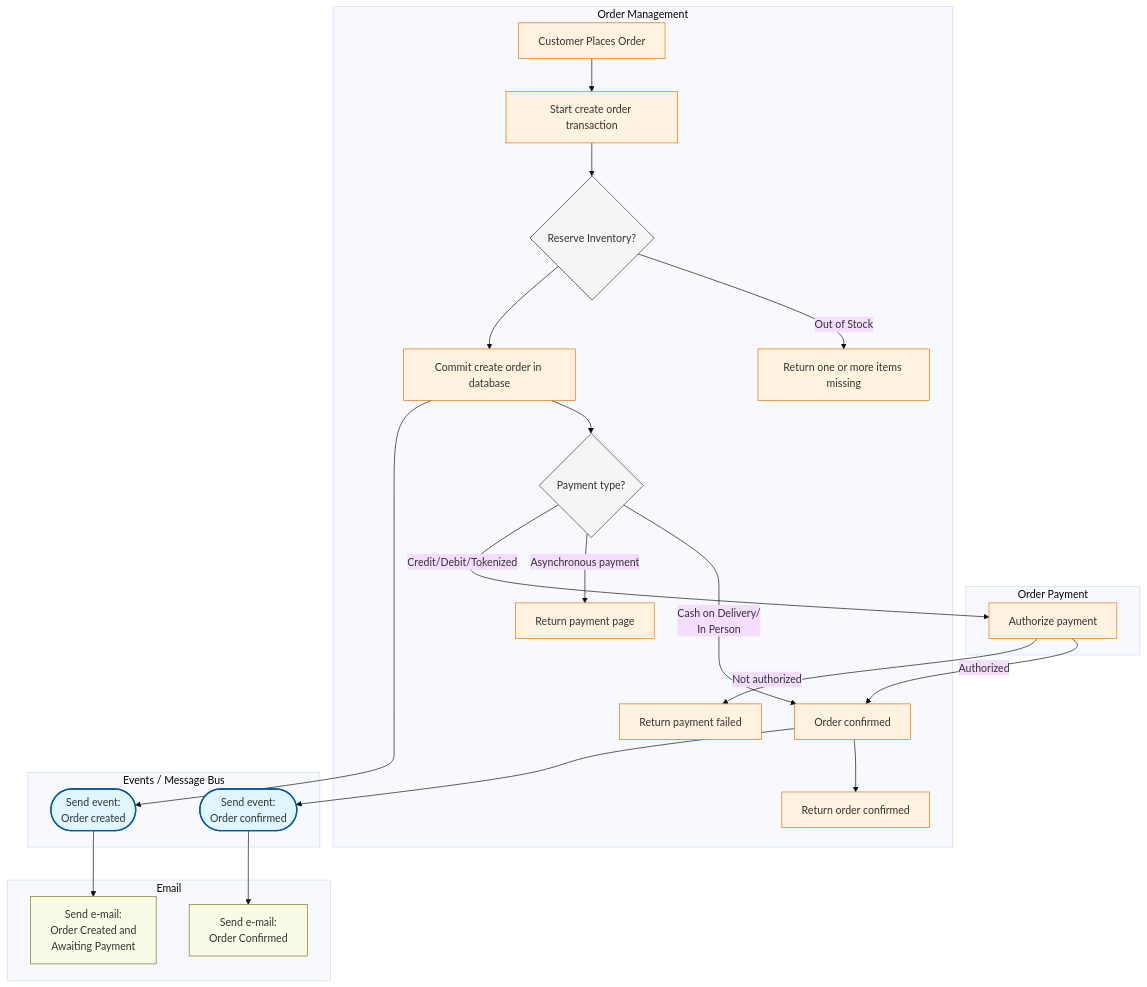
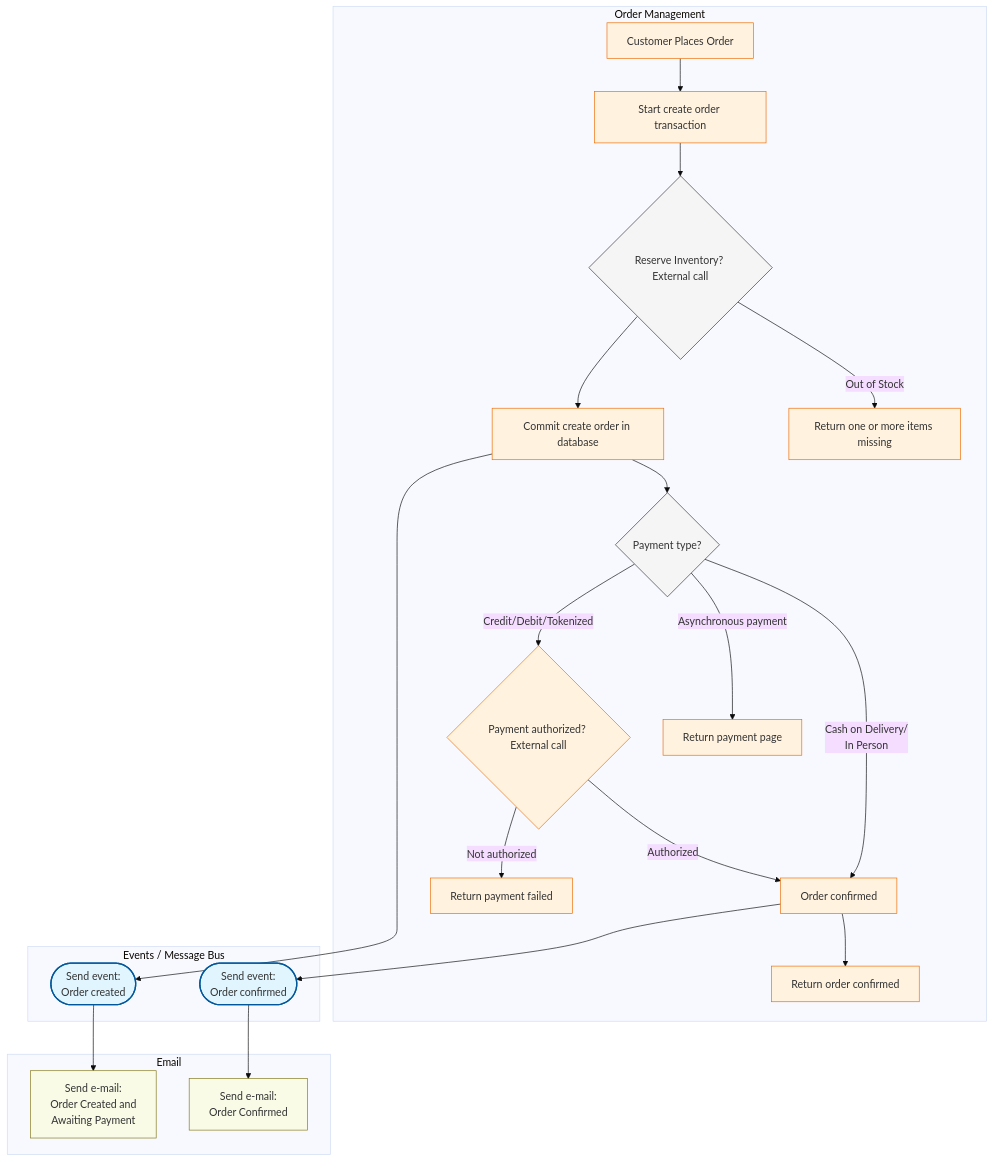
Before and after one commit to RobertoFreireDev/Order-Management: the first of 4 diagrams in README.md, drawn with Mermaid (base theme).

Commit message:
add External call

````diff
--- a/README.md
+++ b/README.md
@@ -5,48 +5,44 @@
 ```mermaid
 flowchart TD
     %% Subgraph Styling
     classDef event fill:#e1f5fe,stroke:#01579b,stroke-width:2px;
     classDef logic fill:#f5f5f5,stroke:#333,stroke-width:1px;
     classDef order fill:#fff3e0,stroke:#ef6c00,stroke-width:1px;
     classDef note fill:#f9fbe7,stroke:#827717,stroke-width:1px;
 
-    subgraph Order_Payment [Order Payment]
-        D5[Authorize payment]
-    end
-
     subgraph Order_Creation [Order Management]
         A[Customer Places Order] --> A1[Start create order transaction]
-        A1 --> B{Reserve Inventory?}
+        A1 --> B{Reserve Inventory? External call}
         B -->|Out of Stock| C[Return one or more items missing]
         B --> B2[Commit create order in database]
         B2 --> D2{Payment type?}
         D2--> |"Cash on Delivery/<br/>In Person"| D1[Order confirmed]       
         D5 --> |"Authorized"| D1
         D5 --> |"Not authorized"| D6[Return payment failed]
         D2 --> |"Asynchronous payment"| E1[Return payment page]
         D1--> D3[Return order confirmed]
+        D2 --> |"Credit/Debit/Tokenized"| D5{Payment authorized? External call}
     end
 
     subgraph Events [Events / Message Bus]
         H([Send event:<br/>Order confirmed])
         H1([Send event:<br/>Order created])
     end
 
     subgraph Email [Email]
         I[Send e-mail: <br/>Order Confirmed]
         I1[Send e-mail: <br/>Order Created and<br/>Awaiting Payment]
     end
 
     %% Logic to Events
     H --> I
     H1 --> I1
-    D2 --> |"Credit/Debit/Tokenized"| D5
     D1 --> H
     B2 --> H1
 
     %% Class Assignments
     class H,H1 event;
     class B,D2 logic;
     class A,A1,B1,B2,C,D,D1,D3,E1,D4,D5,D6 order;
     class I,I1 note;
 ```
````
